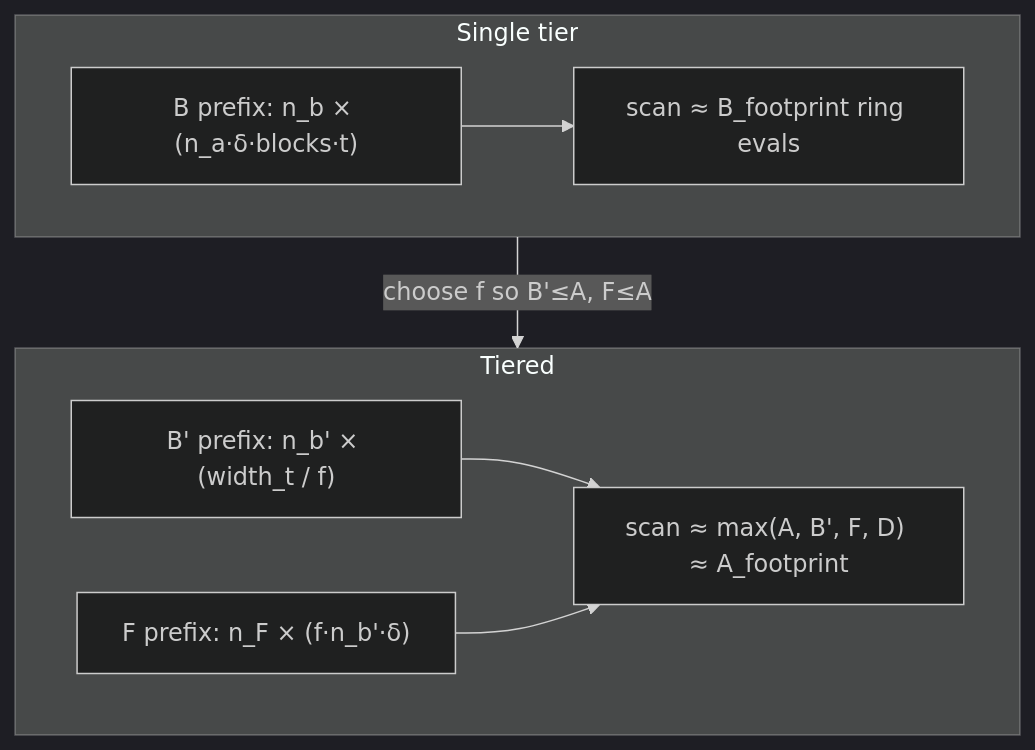
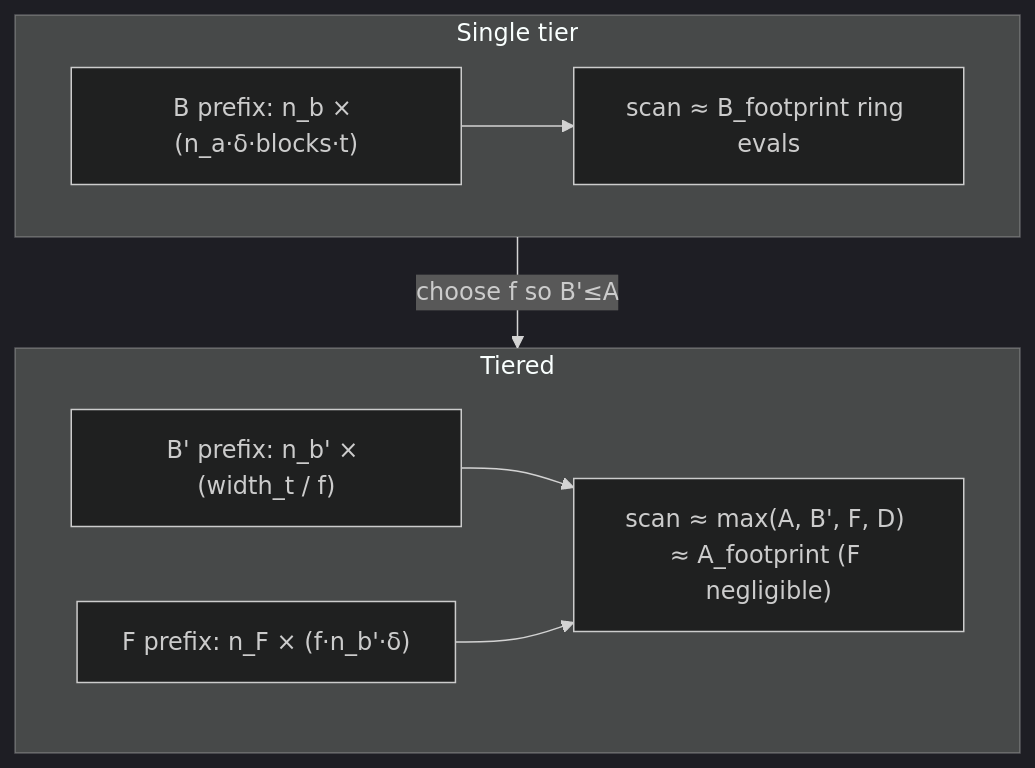
The second of 2 diagrams in specs/tiered-commitment.md (LayerZero-Labs/akita), drawn with Mermaid (dark theme) before and after one commit. The commit also changed other lines of this file and 5 other files, not shown here.

````diff
--- a/specs/tiered-commitment.md
+++ b/specs/tiered-commitment.md
@@ -838,16 +844,16 @@
 ```mermaid
 flowchart TB
     subgraph before [Single tier]
         Bbig["B prefix: n_b × (n_a·δ·blocks·t)"]
         scanB["scan ≈ B_footprint ring evals"]
         Bbig --> scanB
     end
     subgraph after [Tiered]
         Bsmall["B' prefix: n_b' × (width_t / f)"]
         Fmat["F prefix: n_F × (f·n_b'·δ)"]
-        scanT["scan ≈ max(A, B', F, D) ≈ A_footprint"]
+        scanT["scan ≈ max(A, B', F, D) ≈ A_footprint (F negligible)"]
         Bsmall --> scanT
         Fmat --> scanT
     end
-    before -->|"choose f so B'≤A, F≤A"| after
+    before -->|"choose f so B'≤A"| after
 ```
````
